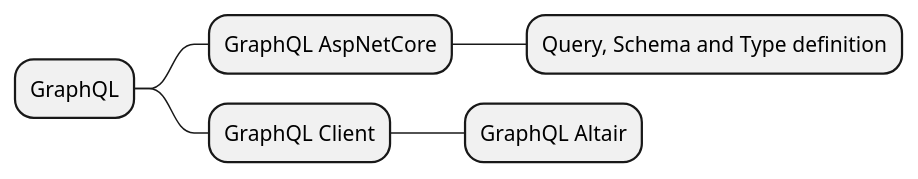
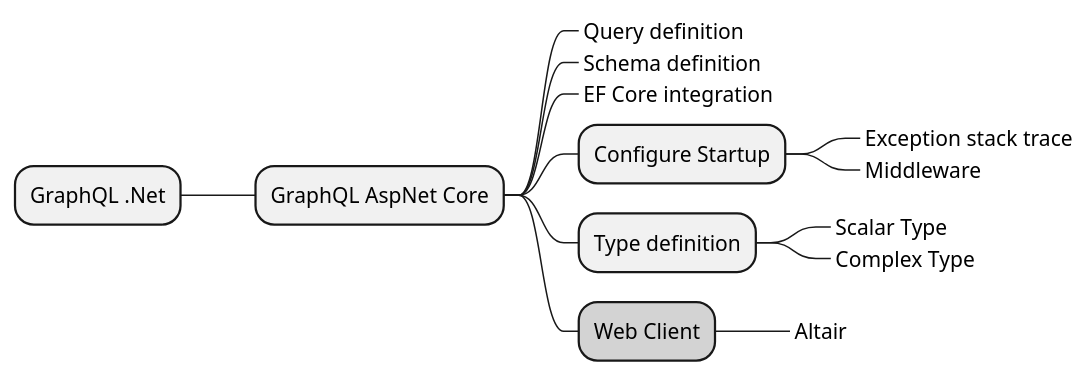
The diagram in diagram/thèmes/graphql.puml (diplomegalo/roadmap), drawn with PlantUML before and after one commit. The commit also changed 18 other files, not shown here.

Commit message:
complex type

```diff
--- a/diagram/thèmes/graphql.puml
+++ b/diagram/thèmes/graphql.puml
@@ -1,7 +1,23 @@
 @startmindmap
-* GraphQL
-** GraphQL AspNetCore
-*** Query, Schema and Type definition
-** GraphQL Client
-*** GraphQL Altair
+* GraphQL .Net
+
+** GraphQL AspNet Core
+
+***_ Query definition 
+***_ Schema definition
+***_ EF Core integration
+
+*** Configure Startup
+
+****_ Exception stack trace
+****_ Middleware
+
+*** Type definition
+
+****_ Scalar Type
+****_ Complex Type
+
+***[#lightgrey] Web Client
+
+****_ Altair
 @endmindmap
```
